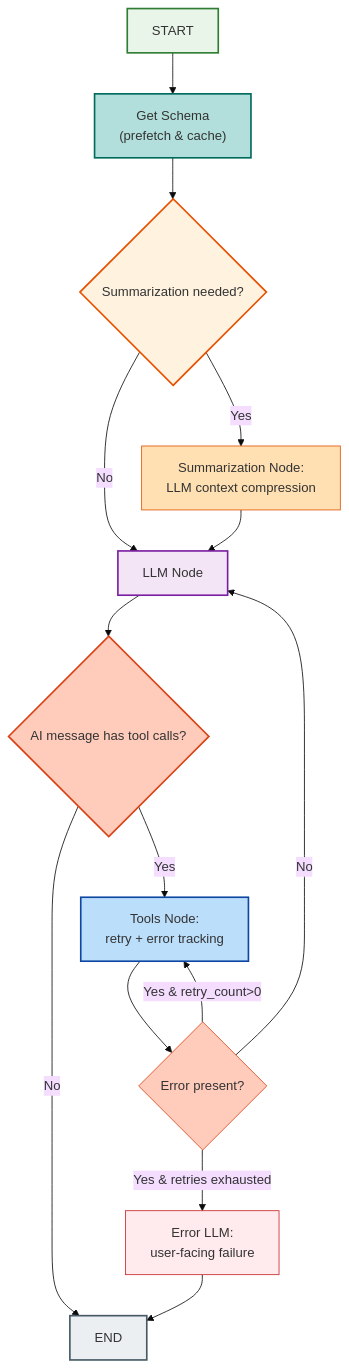
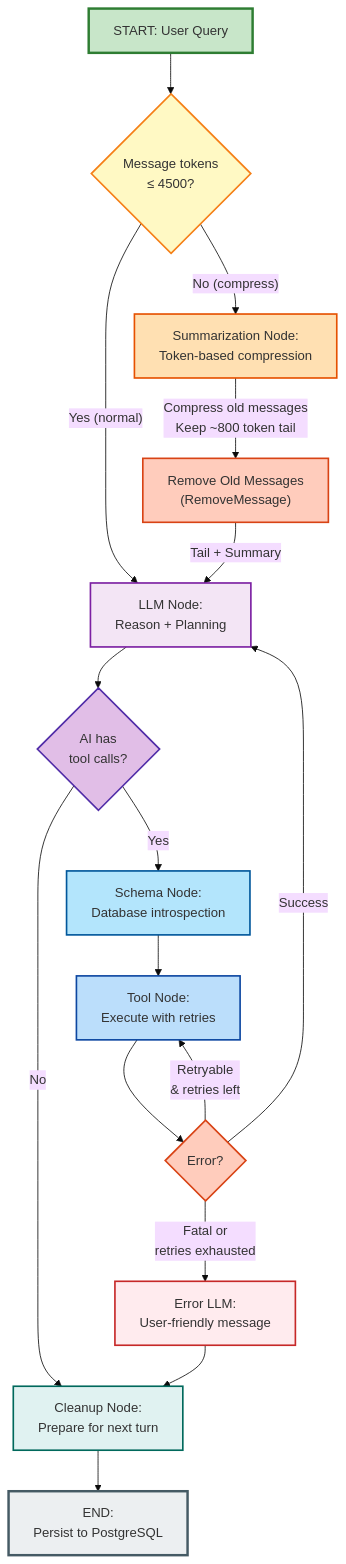
The first of 3 diagrams in docs/TECHNICAL_ARCHITECTURE.md (phaa/dyno-agent), drawn with Mermaid (base theme) before and after one commit. The commit also changed other lines of this file and 26 other files, not shown here.

Commit message:
feat: new summarization logic with sliding window and context tail

````diff
--- a/docs/TECHNICAL_ARCHITECTURE.md
+++ b/docs/TECHNICAL_ARCHITECTURE.md
@@ -836,32 +1168,38 @@
 ```mermaid
 flowchart TD
-    START["START"] --> GET_SCHEMA["Get Schema<br/>(prefetch & cache)"]
-    GET_SCHEMA --> ROUTE_SCHEMA{"Summarization needed?"}
+    START["START: User Query"] --> CHECK_TOKENS{"Message tokens<br/>≤ 4500?"}
 
-    ROUTE_SCHEMA -->|"Yes"| SUMMARIZE["Summarization Node:<br/>LLM context compression"]
-    ROUTE_SCHEMA -->|"No"| LLM["LLM Node"]
+    CHECK_TOKENS -->|"Yes (normal)"| LLM["LLM Node:<br/>Reason + Planning"]
+    CHECK_TOKENS -->|"No (compress)"| SUMMARIZE["Summarization Node:<br/>Token-based compression"]
 
-    SUMMARIZE --> LLM
+    SUMMARIZE -->|"Compress old messages<br/>Keep ~800 token tail"| REMOVE["Remove Old Messages<br/>(RemoveMessage)"]
+    REMOVE -->|"Tail + Summary"| LLM
 
-    LLM --> ROUTE_LLM{"AI message has tool calls?"}
-    ROUTE_LLM -->|"Yes"| TOOLS["Tools Node:<br/>retry + error tracking"]
-    ROUTE_LLM -->|"No"| END["END"]
+    LLM --> ROUTE_LLM{"AI has<br/>tool calls?"}
+    
+    ROUTE_LLM -->|"Yes"| SCHEMA["Schema Node:<br/>Database introspection"]
+    ROUTE_LLM -->|"No"| CLEANUP["Cleanup Node:<br/>Prepare for next turn"]
 
-    TOOLS --> ROUTE_TOOLS{"Error present?"}
-    ROUTE_TOOLS -->|"Yes & retry_count>0"| TOOLS
-    ROUTE_TOOLS -->|"Yes & retries exhausted"| ERROR_LLM["Error LLM:<br/>user-facing failure"]
-    ROUTE_TOOLS -->|"No"| LLM
+    SCHEMA --> TOOLS["Tool Node:<br/>Execute with retries"]
+    
+    TOOLS --> ROUTE_TOOLS{"Error?"}
+    ROUTE_TOOLS -->|"Retryable<br/>& retries left"| TOOLS
+    ROUTE_TOOLS -->|"Fatal or<br/>retries exhausted"| ERROR_LLM["Error LLM:<br/>User-friendly message"]
+    ROUTE_TOOLS -->|"Success"| LLM
 
-    ERROR_LLM --> END
+    ERROR_LLM --> CLEANUP
+    CLEANUP --> END["END:<br/>Persist to PostgreSQL"]
 
-    style START fill:#e8f5e8,stroke:#2e7d32,stroke-width:2px
-    style GET_SCHEMA fill:#b2dfdb,stroke:#00695c,stroke-width:2px
-    style ROUTE_SCHEMA fill:#fff3e0,stroke:#e65100,stroke-width:2px
-    style SUMMARIZE fill:#ffe0b2,stroke:#e65100
+    style START fill:#c8e6c9,stroke:#2e7d32,stroke-width:3px
+    style CHECK_TOKENS fill:#fff9c4,stroke:#f57f17,stroke-width:2px
+    style SUMMARIZE fill:#ffe0b2,stroke:#e65100,stroke-width:2px
+    style REMOVE fill:#ffccbc,stroke:#d84315,stroke-width:2px
     style LLM fill:#f3e5f5,stroke:#7b1fa2,stroke-width:2px
-    style ROUTE_LLM fill:#ffccbc,stroke:#d84315,stroke-width:2px
+    style ROUTE_LLM fill:#e1bee7,stroke:#512da8,stroke-width:2px
+    style SCHEMA fill:#b3e5fc,stroke:#01579b,stroke-width:2px
     style TOOLS fill:#bbdefb,stroke:#0d47a1,stroke-width:2px
-    style ROUTE_TOOLS fill:#ffccbc,stroke:#d84315
-    style ERROR_LLM fill:#ffebee,stroke:#c62828
-    style END fill:#eceff1,stroke:#455a64,stroke-width:2px
+    style ROUTE_TOOLS fill:#ffccbc,stroke:#d84315,stroke-width:2px
+    style ERROR_LLM fill:#ffebee,stroke:#c62828,stroke-width:2px
+    style CLEANUP fill:#e0f2f1,stroke:#00695c,stroke-width:2px
+    style END fill:#eceff1,stroke:#455a64,stroke-width:3px
 ```
````
